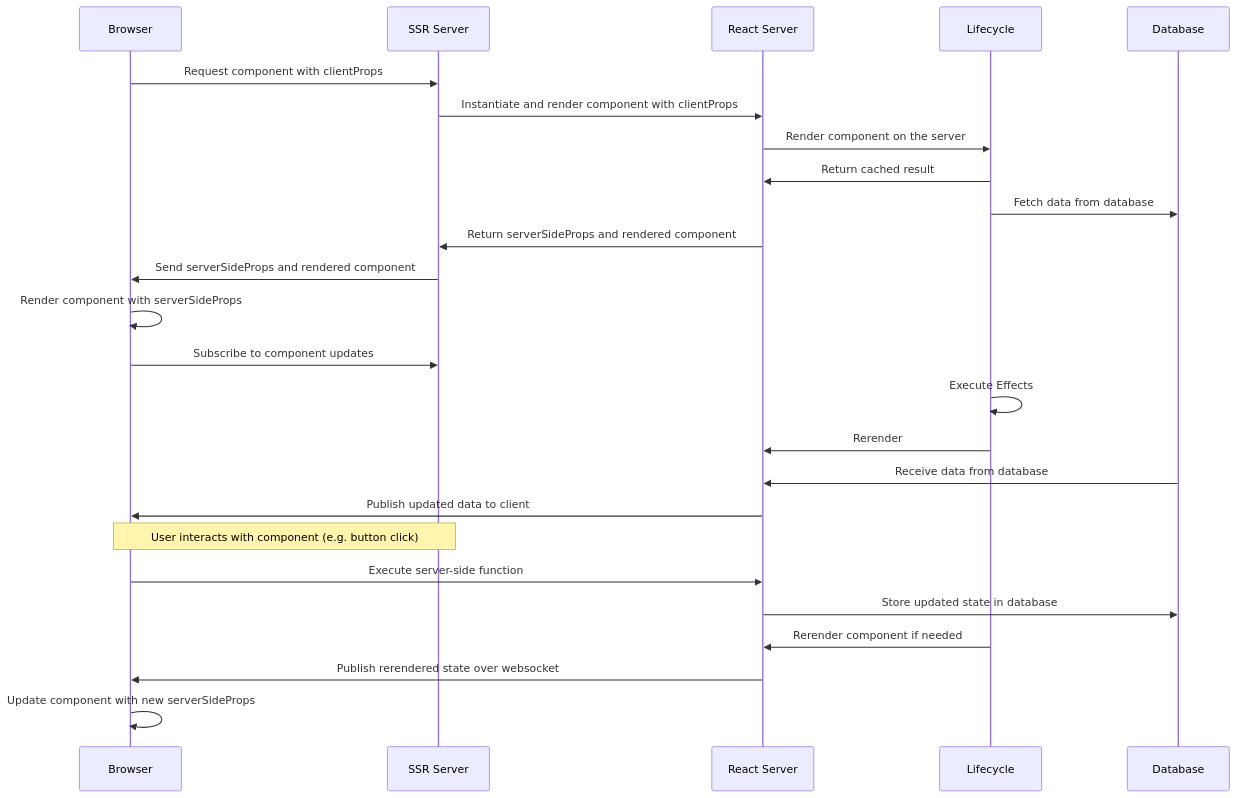
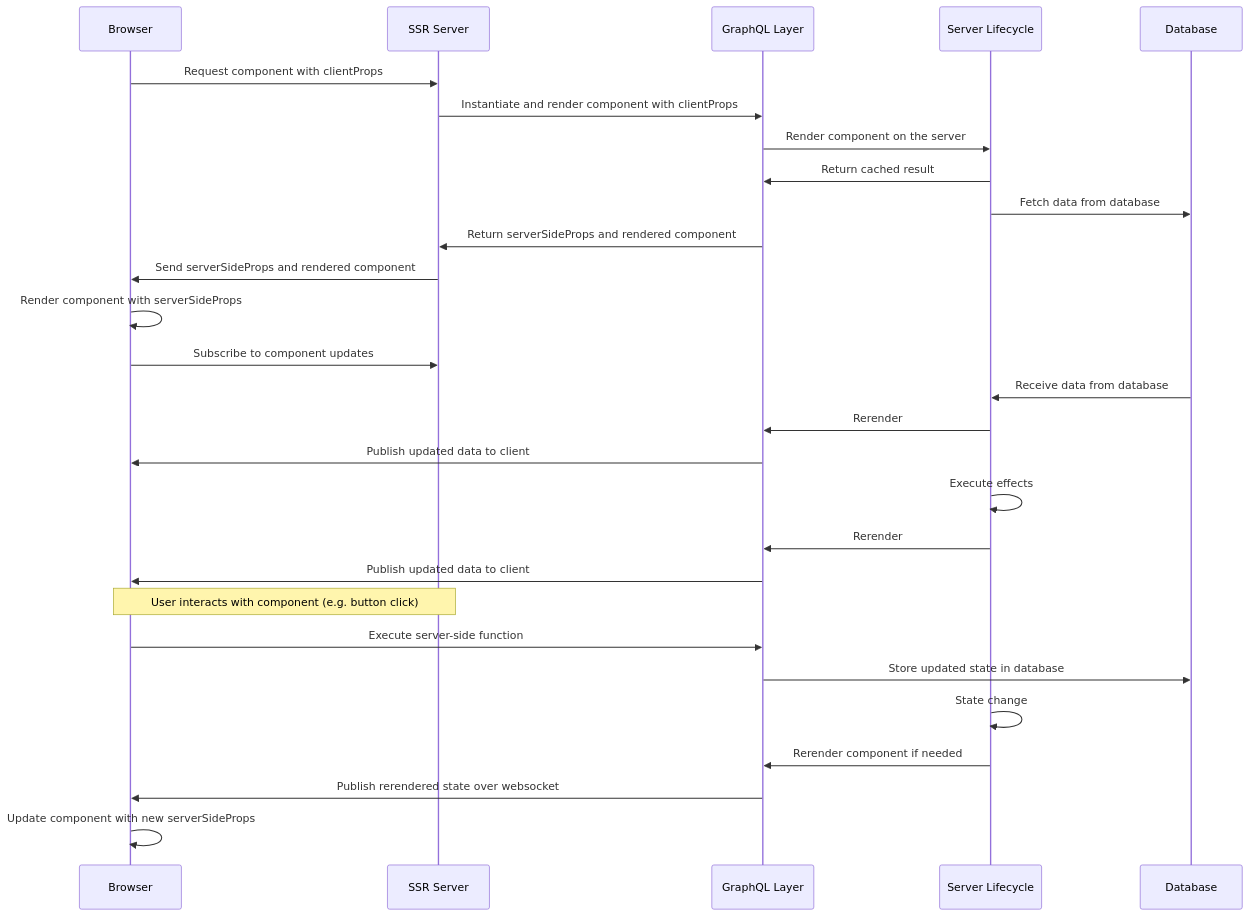
The diagram in src/pages/why.md (state-less/react-server-docs-md), drawn with Mermaid before and after one commit.

Commit message:
fix: improve mermaid diagram

````diff
--- a/src/pages/why.md
+++ b/src/pages/why.md
@@ -71,29 +71,34 @@
 ```mermaid
 sequenceDiagram
 participant Browser as Browser
 participant Server as SSR Server
-participant RSC as React Server
-participant SSP as Lifecycle
+participant RSC as GraphQL Layer
+participant SSP as Server Lifecycle
 participant DB as Database
 
 Browser->>Server: Request component with clientProps
 Server->>RSC: Instantiate and render component with clientProps
 RSC->>SSP: Render component on the server
 SSP->>RSC: Return cached result
 SSP->>DB: Fetch data from database
 RSC->>Server: Return serverSideProps and rendered component
 Server->>Browser: Send serverSideProps and rendered component
 Browser->>Browser: Render component with serverSideProps
+
 Browser->>Server: Subscribe to component updates
-SSP->>SSP: Execute Effects
+DB->>SSP: Receive data from database
 SSP->>RSC: Rerender
-DB->>RSC: Receive data from database
+
+RSC->>Browser: Publish updated data to client
+SSP->>SSP: Execute effects
+SSP->>RSC: Rerender
 RSC->>Browser: Publish updated data to client
 Note over Browser, Server: User interacts with component (e.g. button click)
 
 Browser->>RSC: Execute server-side function
 RSC->>DB: Store updated state in database
+SSP->>SSP: State change
 SSP->>RSC: Rerender component if needed
 RSC->>Browser: Publish rerendered state over websocket
 Browser->>Browser: Update component with new serverSideProps
 ```
````
